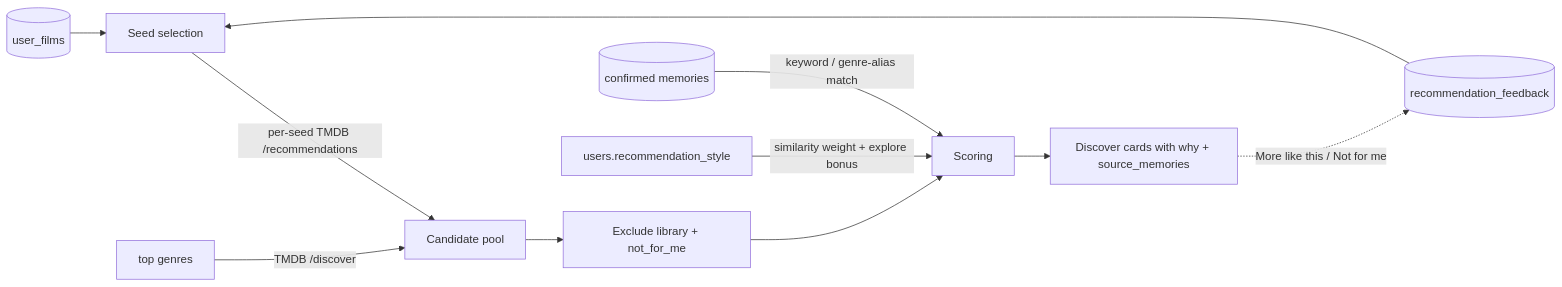
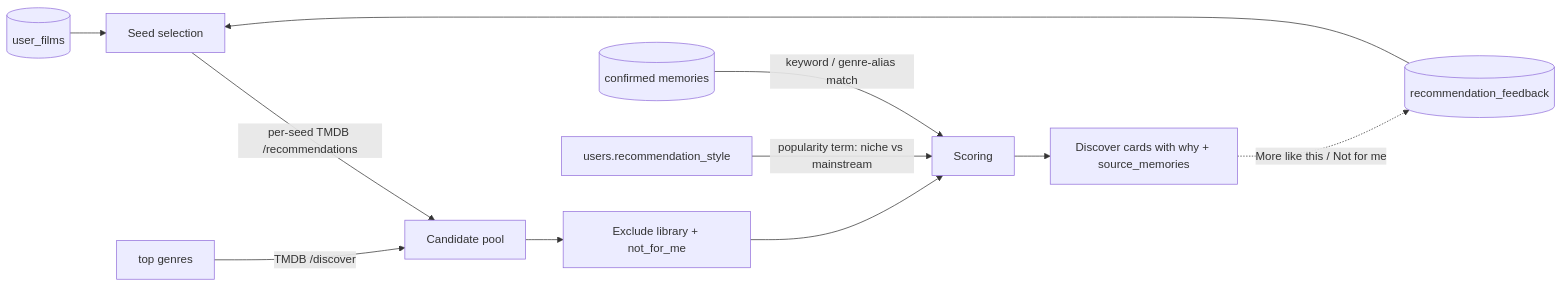
Before and after one commit to k4chow/FYP: the seventh of 7 diagrams in docs/ARCHITECTURE.md, drawn with Mermaid. The commit also changed other lines of this file and 25 other files, not shown here.

First line of the commit message:
feat: niche/mainstream slider, keyword themes, and recommendation rotation

````diff
--- a/docs/ARCHITECTURE.md
+++ b/docs/ARCHITECTURE.md
@@ -226,13 +226,13 @@
 ```mermaid
 flowchart LR
     F[(user_films)] --> S[Seed selection]
     FB[(recommendation_feedback)] --> S
     S -->|per-seed TMDB /recommendations| C[Candidate pool]
     G[top genres] -->|TMDB /discover| C
     C --> X[Exclude library + not_for_me]
     M[(confirmed memories)] -->|keyword / genre-alias match| R[Scoring]
-    U[users.recommendation_style] -->|similarity weight + explore bonus| R
+    U[users.recommendation_style] -->|popularity term: niche vs mainstream| R
     X --> R
     R --> D[Discover cards with why + source_memories]
     D -.->|More like this / Not for me| FB
 ```
````
